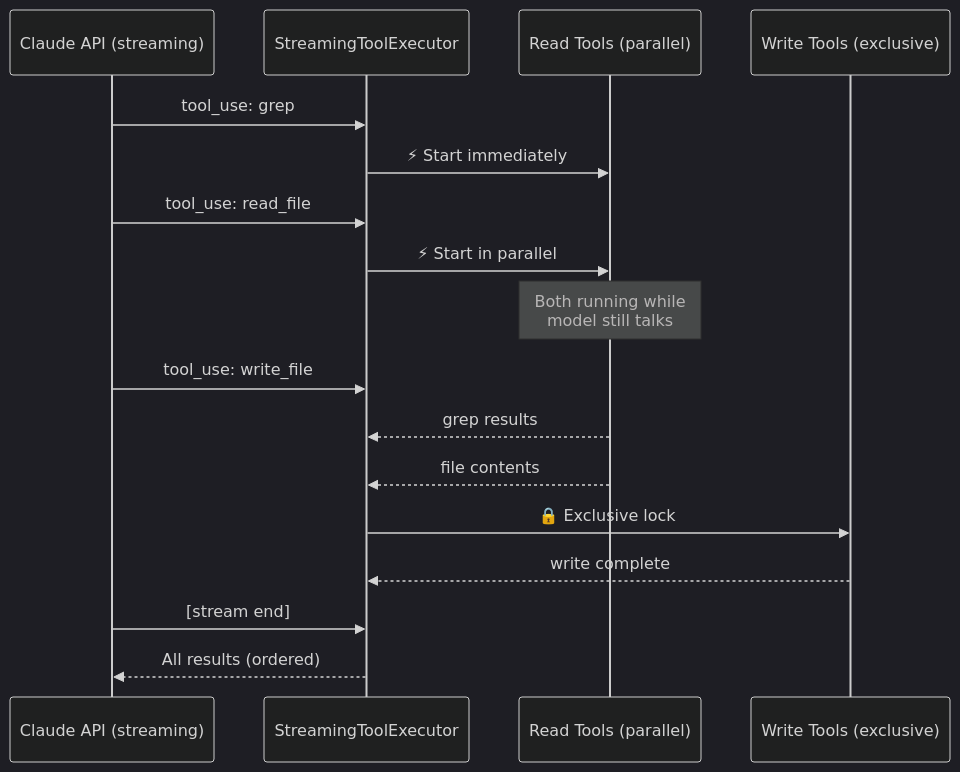
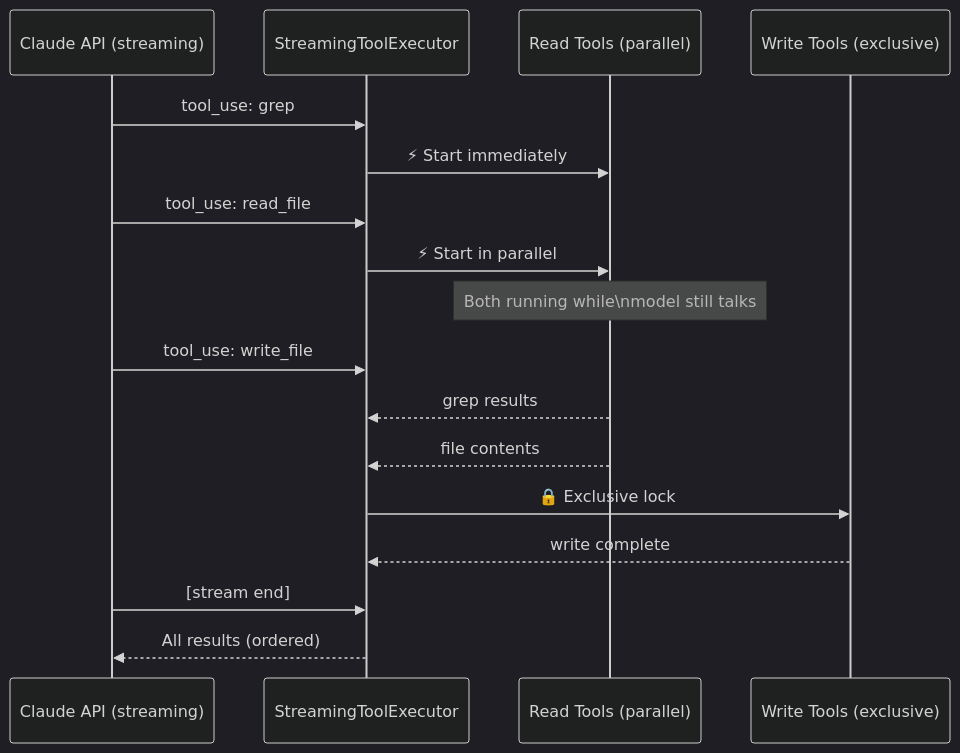
Before and after one commit to NeuZhou/awesome-ai-anatomy: the third of 4 diagrams in claude-code/README.md, drawn with Mermaid (dark theme). The commit also changed other lines of this file and 6 other files, not shown here.

Commit message:
fix: Mermaid syntax — remove HTML tags that break GitHub rendering

````diff
--- a/claude-code/README.md
+++ b/claude-code/README.md
@@ -181,20 +181,20 @@
 ```mermaid
 sequenceDiagram
     participant M as Claude API (streaming)
     participant SE as StreamingToolExecutor
     participant R as Read Tools (parallel)
     participant W as Write Tools (exclusive)
 
     M->>SE: tool_use: grep
     SE->>R: ⚡ Start immediately
     M->>SE: tool_use: read_file
     SE->>R: ⚡ Start in parallel
-    Note over R: Both running while<br/>model still talks
+    Note over R: Both running while\nmodel still talks
     M->>SE: tool_use: write_file
     R-->>SE: grep results
     R-->>SE: file contents
     SE->>W: 🔒 Exclusive lock
     W-->>SE: write complete
     M->>SE: [stream end]
     SE-->>M: All results (ordered)
 ```
````
